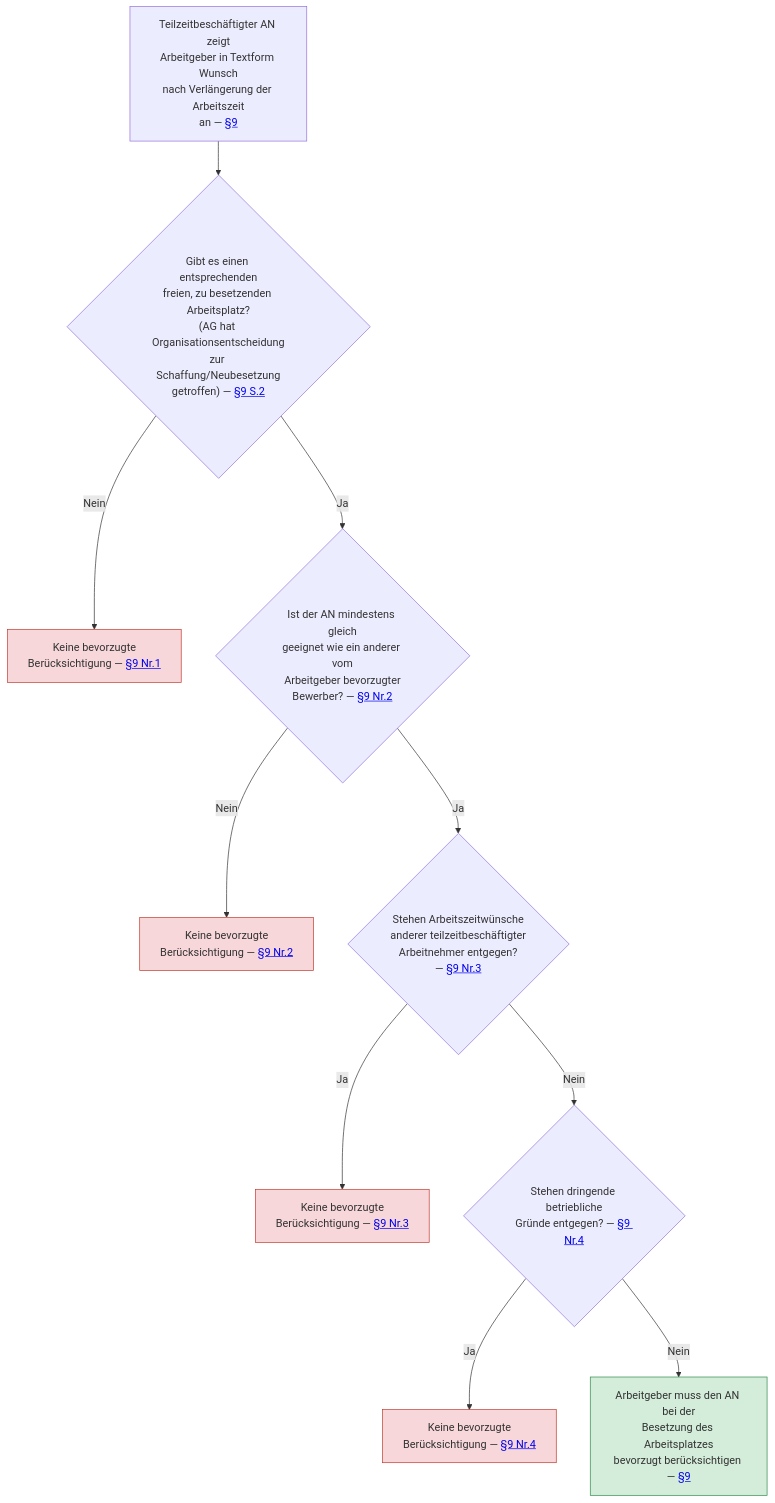
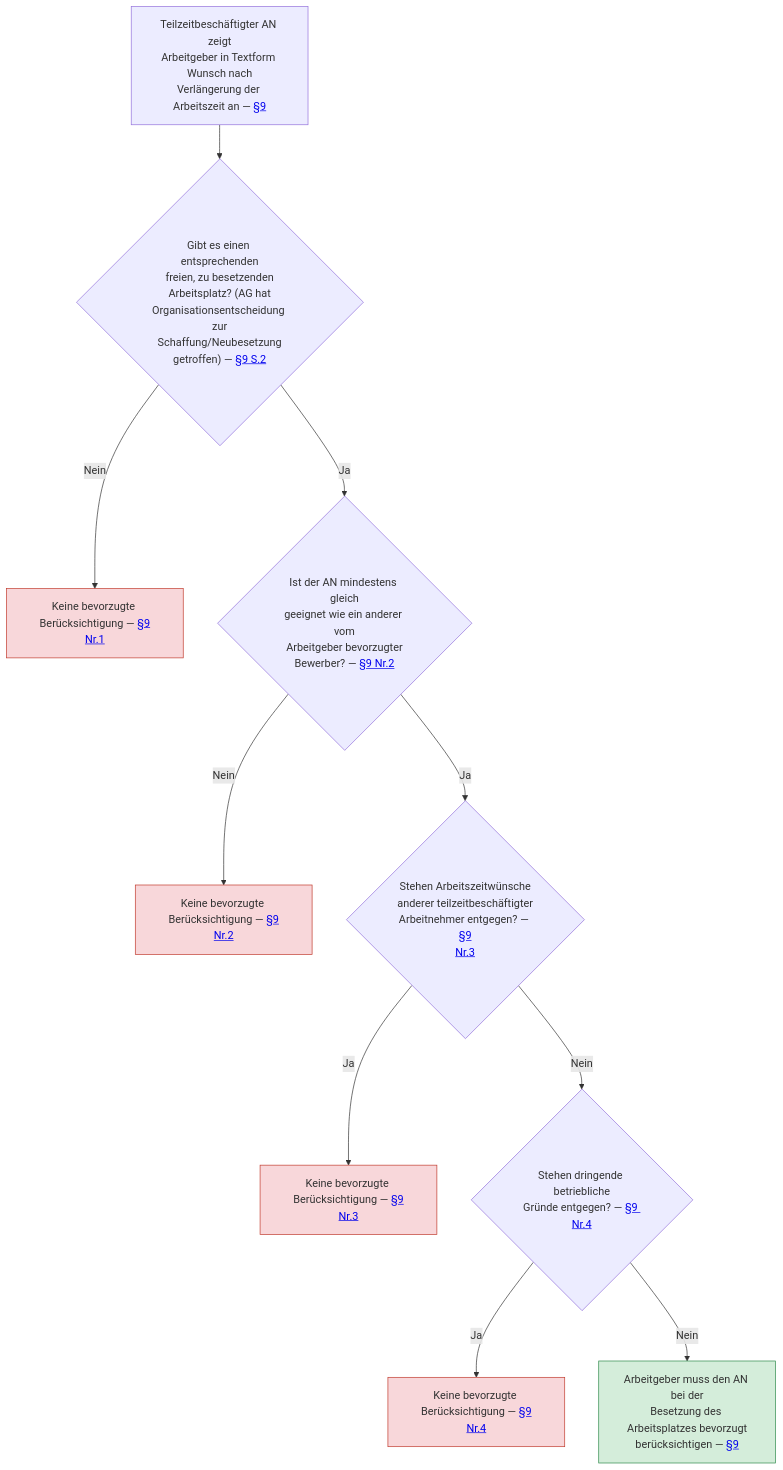
One commit to digitalservicebund/zfl-website changed the diagram in src/content/ki-visualisierungen/TzBfG/verlaengerung_arbeitszeit.mmd. Above: the diagram before and after it, drawn with Mermaid. The commit also changed 167 other files, not shown here.

Commit message:
refactor(ki-visualisierungen): re-flow older charts

```diff
--- a/src/content/ki-visualisierungen/TzBfG/verlaengerung_arbeitszeit.mmd
+++ b/src/content/ki-visualisierungen/TzBfG/verlaengerung_arbeitszeit.mmd
@@ -1,27 +1,27 @@
 ---
 summary: "Zeigt die Voraussetzungen für die bevorzugte Berücksichtigung eines teilzeitbeschäftigten Arbeitnehmers bei der Verlängerung seiner Arbeitszeit nach § 9 TzBfG, etwa einen freien Arbeitsplatz, gleiche Eignung und entgegenstehende betriebliche Gründe."
 ---
 flowchart TD
-    A["Teilzeitbeschäftigter AN zeigt<br/>Arbeitgeber in Textform Wunsch<br/>nach Verlängerung der Arbeitszeit<br/>an — <a href='{{ELI}}#art-z9_abs-n1' target='_blank' rel='noopener'>§9</a>"] --> Q1{"Gibt es einen entsprechenden<br/>freien, zu besetzenden Arbeitsplatz?<br/>(AG hat Organisationsentscheidung<br/>zur Schaffung/Neubesetzung<br/>getroffen) — <a href='{{ELI}}#art-z9_abs-n2' target='_blank' rel='noopener'>§9 S.2</a>"}
+    A["Teilzeitbeschäftigter AN zeigt<br/>Arbeitgeber in Textform Wunsch nach<br/>Verlängerung der Arbeitszeit an — <a href='{{ELI}}#art-z9_abs-n1' target='_blank' rel='noopener'>§9</a>"] --> Q1{"Gibt es einen entsprechenden<br/>freien, zu besetzenden<br/>Arbeitsplatz? (AG hat<br/>Organisationsentscheidung zur<br/>Schaffung/Neubesetzung<br/>getroffen) — <a href='{{ELI}}#art-z9_abs-n2' target='_blank' rel='noopener'>§9 S.2</a>"}
 
-    Q1 -->|Nein| N1["Keine bevorzugte<br/>Berücksichtigung — <a href='{{ELI}}#art-z9_abs-n1' target='_blank' rel='noopener'>§9 Nr.1</a>"]
+    Q1 -->|Nein| N1["Keine bevorzugte Berücksichtigung — <a href='{{ELI}}#art-z9_abs-n1' target='_blank' rel='noopener'>§9<br/>Nr.1</a>"]
 
     Q1 -->|Ja| Q2{"Ist der AN mindestens gleich<br/>geeignet wie ein anderer vom<br/>Arbeitgeber bevorzugter<br/>Bewerber? — <a href='{{ELI}}#art-z9_abs-n1' target='_blank' rel='noopener'>§9 Nr.2</a>"}
 
-    Q2 -->|Nein| N2["Keine bevorzugte<br/>Berücksichtigung — <a href='{{ELI}}#art-z9_abs-n1' target='_blank' rel='noopener'>§9 Nr.2</a>"]
+    Q2 -->|Nein| N2["Keine bevorzugte Berücksichtigung — <a href='{{ELI}}#art-z9_abs-n1' target='_blank' rel='noopener'>§9<br/>Nr.2</a>"]
 
-    Q2 -->|Ja| Q3{"Stehen Arbeitszeitwünsche<br/>anderer teilzeitbeschäftigter<br/>Arbeitnehmer entgegen?<br/>— <a href='{{ELI}}#art-z9_abs-n1' target='_blank' rel='noopener'>§9 Nr.3</a>"}
+    Q2 -->|Ja| Q3{"Stehen Arbeitszeitwünsche<br/>anderer teilzeitbeschäftigter<br/>Arbeitnehmer entgegen? — <a href='{{ELI}}#art-z9_abs-n1' target='_blank' rel='noopener'>§9<br/>Nr.3</a>"}
 
-    Q3 -->|Ja| N3["Keine bevorzugte<br/>Berücksichtigung — <a href='{{ELI}}#art-z9_abs-n1' target='_blank' rel='noopener'>§9 Nr.3</a>"]
+    Q3 -->|Ja| N3["Keine bevorzugte Berücksichtigung — <a href='{{ELI}}#art-z9_abs-n1' target='_blank' rel='noopener'>§9<br/>Nr.3</a>"]
 
     Q3 -->|Nein| Q4{"Stehen dringende betriebliche<br/>Gründe entgegen? — <a href='{{ELI}}#art-z9_abs-n1' target='_blank' rel='noopener'>§9 Nr.4</a>"}
 
-    Q4 -->|Ja| N4["Keine bevorzugte<br/>Berücksichtigung — <a href='{{ELI}}#art-z9_abs-n1' target='_blank' rel='noopener'>§9 Nr.4</a>"]
+    Q4 -->|Ja| N4["Keine bevorzugte Berücksichtigung — <a href='{{ELI}}#art-z9_abs-n1' target='_blank' rel='noopener'>§9<br/>Nr.4</a>"]
 
-    Q4 -->|Nein| Z1["Arbeitgeber muss den AN bei der<br/>Besetzung des Arbeitsplatzes<br/>bevorzugt berücksichtigen — <a href='{{ELI}}#art-z9_abs-n1' target='_blank' rel='noopener'>§9</a>"]
+    Q4 -->|Nein| Z1["Arbeitgeber muss den AN bei der<br/>Besetzung des Arbeitsplatzes bevorzugt<br/>berücksichtigen — <a href='{{ELI}}#art-z9_abs-n1' target='_blank' rel='noopener'>§9</a>"]
 
     style N1 fill:#f8d7da,stroke:#c0392b
     style N2 fill:#f8d7da,stroke:#c0392b
     style N3 fill:#f8d7da,stroke:#c0392b
     style N4 fill:#f8d7da,stroke:#c0392b
     style Z1 fill:#d4edda,stroke:#2d8a4a
```
